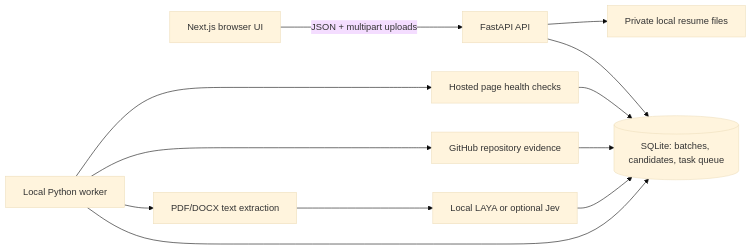
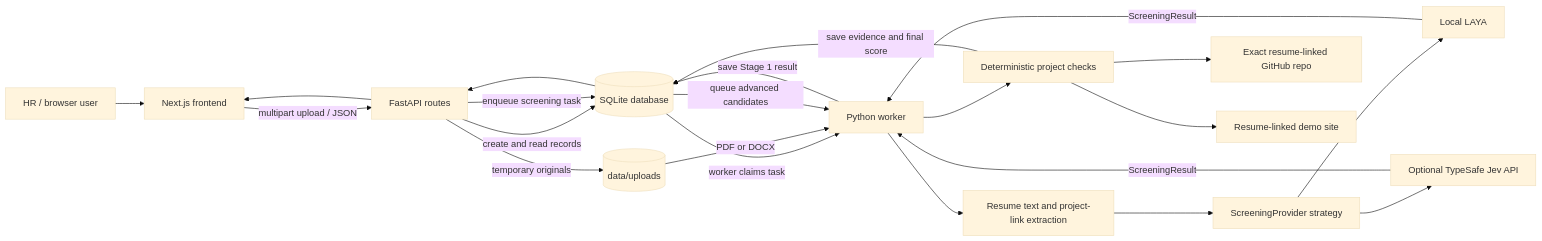
One commit to rhythm8877/resume-screening changed the first of 5 diagrams in README.md. Above: the diagram before and after it, drawn with Mermaid (base theme). The commit also changed other lines of this file and 14 other files, not shown here.

````diff
--- a/README.md
+++ b/README.md
@@ -7,14 +43,24 @@
 ```mermaid
 flowchart LR
-  U[Next.js browser UI] -->|JSON + multipart uploads| A[FastAPI API]
-  A --> D[(SQLite: batches, candidates, task queue)]
-  A --> F[Private local resume files]
-  W[Local Python worker] --> D
-  W --> P[PDF/DOCX text extraction]
-  P --> L[Local LAYA or optional Jev]
-  L --> D
-  W --> G[GitHub repository evidence]
-  W --> S[Hosted page health checks]
-  G --> D
-  S --> D
+    HR[HR / browser user] --> UI[Next.js frontend]
+    UI -->|multipart upload / JSON| API[FastAPI routes]
+    API -->|create and read records| DB[(SQLite database)]
+    API -->|temporary originals| FILES[(data/uploads)]
+    API -->|enqueue screening task| DB
+    DB -->|worker claims task| WORKER[Python worker]
+    FILES -->|PDF or DOCX| WORKER
+    WORKER --> EXTRACT[Resume text and project-link extraction]
+    EXTRACT --> PROVIDER[ScreeningProvider strategy]
+    PROVIDER --> LAYA[Local LAYA]
+    PROVIDER --> JEV[Optional TypeSafe Jev API]
+    LAYA -->|ScreeningResult| WORKER
+    JEV -->|ScreeningResult| WORKER
+    WORKER -->|save Stage 1 result| DB
+    DB -->|queue advanced candidates| WORKER
+    WORKER --> EVIDENCE[Deterministic project checks]
+    EVIDENCE --> GH[Exact resume-linked GitHub repo]
+    EVIDENCE --> SITE[Resume-linked demo site]
+    EVIDENCE -->|save evidence and final score| DB
+    DB --> API
+    API --> UI
 ```
````
